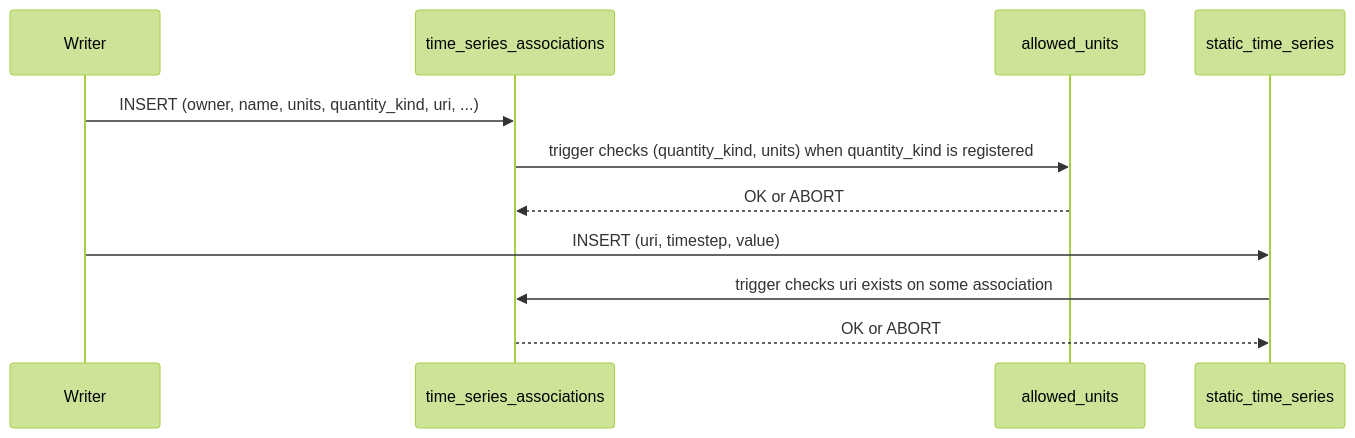
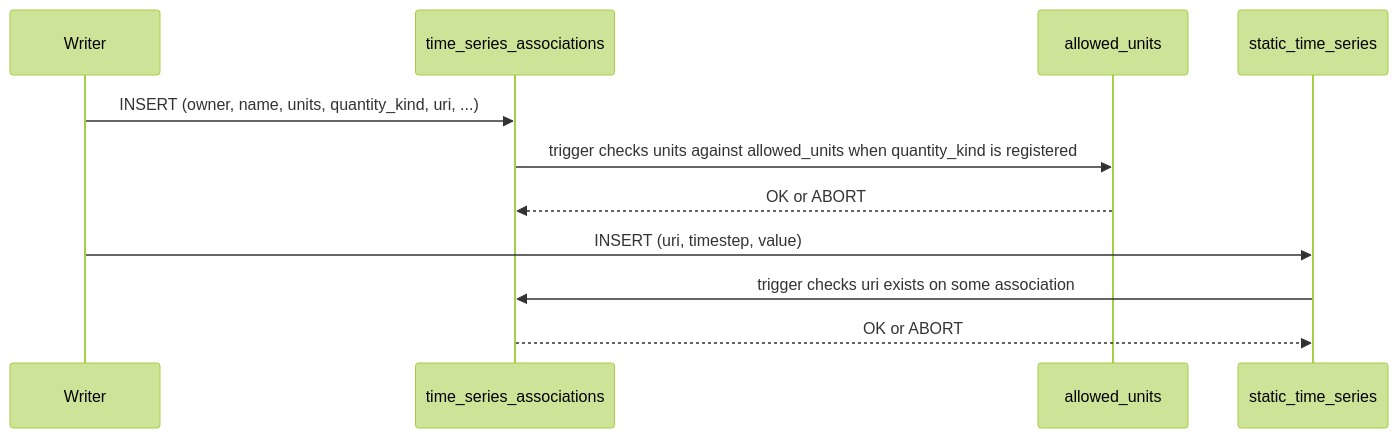
One commit to Sienna-Platform/SiennaGridDB changed the fourth of 4 diagrams in docs/units-architecture.md. Above: the diagram before and after it, drawn with Mermaid (forest theme). The commit also changed other lines of this file and 1 other file, not shown here.

Commit message:
Name the allowed_units pair what it actually is
The time_series_associations trigger error messages and two docs
diagram labels called the registry pairing (quantity_kind, units) --
but allowed_units has no such columns, only (quantity_type, unit).
Association rows carry quantity_kind/units; the registry side is
quantity_type/unit. Fixed both trigger messages and both doc labels
to match the (quantity_type, unit) phrasing used everywhere else.

````diff
--- a/docs/units-architecture.md
+++ b/docs/units-architecture.md
@@ -148,14 +148,14 @@
 ```mermaid
 sequenceDiagram
     participant App as Writer
     participant Assoc as time_series_associations
     participant Reg as allowed_units
     participant Data as static_time_series
 
     App->>Assoc: INSERT (owner, name, units, quantity_kind, uri, ...)
-    Assoc->>Reg: trigger checks (quantity_kind, units) when quantity_kind is registered
+    Assoc->>Reg: trigger checks units against allowed_units when quantity_kind is registered
     Reg-->>Assoc: OK or ABORT
     App->>Data: INSERT (uri, timestep, value)
     Data->>Assoc: trigger checks uri exists on some association
     Assoc-->>Data: OK or ABORT
 ```
````
